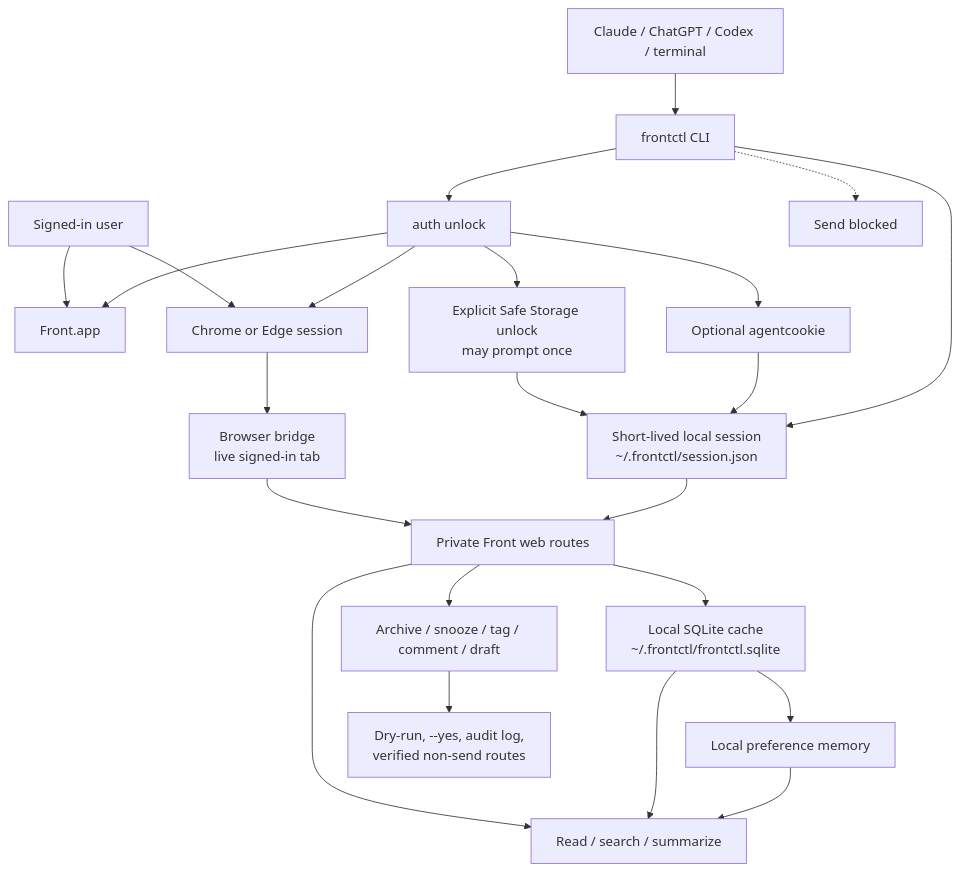
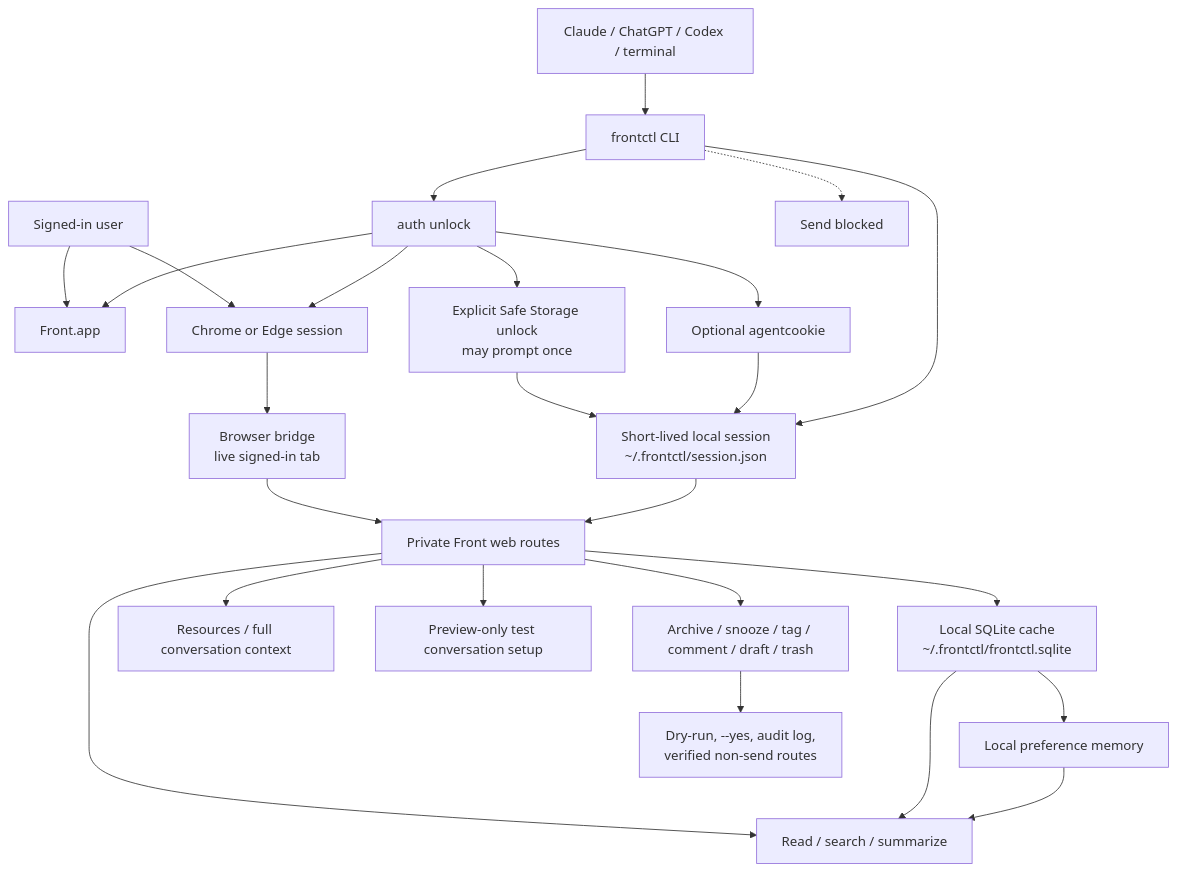
Before and after one commit to arjshiv/frontctl: the diagram in README.md, drawn with Mermaid. The commit also changed other lines of this file and 6 other files, not shown here.

````diff
--- a/README.md
+++ b/README.md
@@ -133,43 +177,47 @@
 ```mermaid
 flowchart TD
   user["Signed-in user"]
   agent["Claude / ChatGPT / Codex / terminal"]
   cli["frontctl CLI"]
   app["Front.app"]
   browser["Chrome or Edge session"]
   bridge["Browser bridge<br/>live signed-in tab"]
   agentcookie["Optional agentcookie"]
   unlock["auth unlock"]
   keychain["Explicit Safe Storage unlock<br/>may prompt once"]
   session["Short-lived local session<br/>~/.frontctl/session.json"]
   live["Private Front web routes"]
   cache["Local SQLite cache<br/>~/.frontctl/frontctl.sqlite"]
   memory["Local preference memory"]
   read["Read / search / summarize"]
-  write["Archive / snooze / tag / comment / draft"]
+  resources["Resources / full conversation context"]
+  test["Preview-only test conversation setup"]
+  write["Archive / snooze / tag / comment / draft / trash"]
   safety["Dry-run, --yes, audit log,<br/>verified non-send routes"]
   blocked["Send blocked"]
 
   user --> app
   user --> browser
   agent --> cli
   cli --> unlock
   unlock --> app
   unlock --> browser
   unlock --> agentcookie
   unlock --> keychain
   keychain --> session
   agentcookie --> session
   browser --> bridge
   bridge --> live
   cli --> session
   session --> live
   live --> read
+  live --> resources
+  live --> test
   live --> write
   live --> cache
   cache --> read
   cache --> memory
   memory --> read
   write --> safety
   cli -.-> blocked
 ```
````
